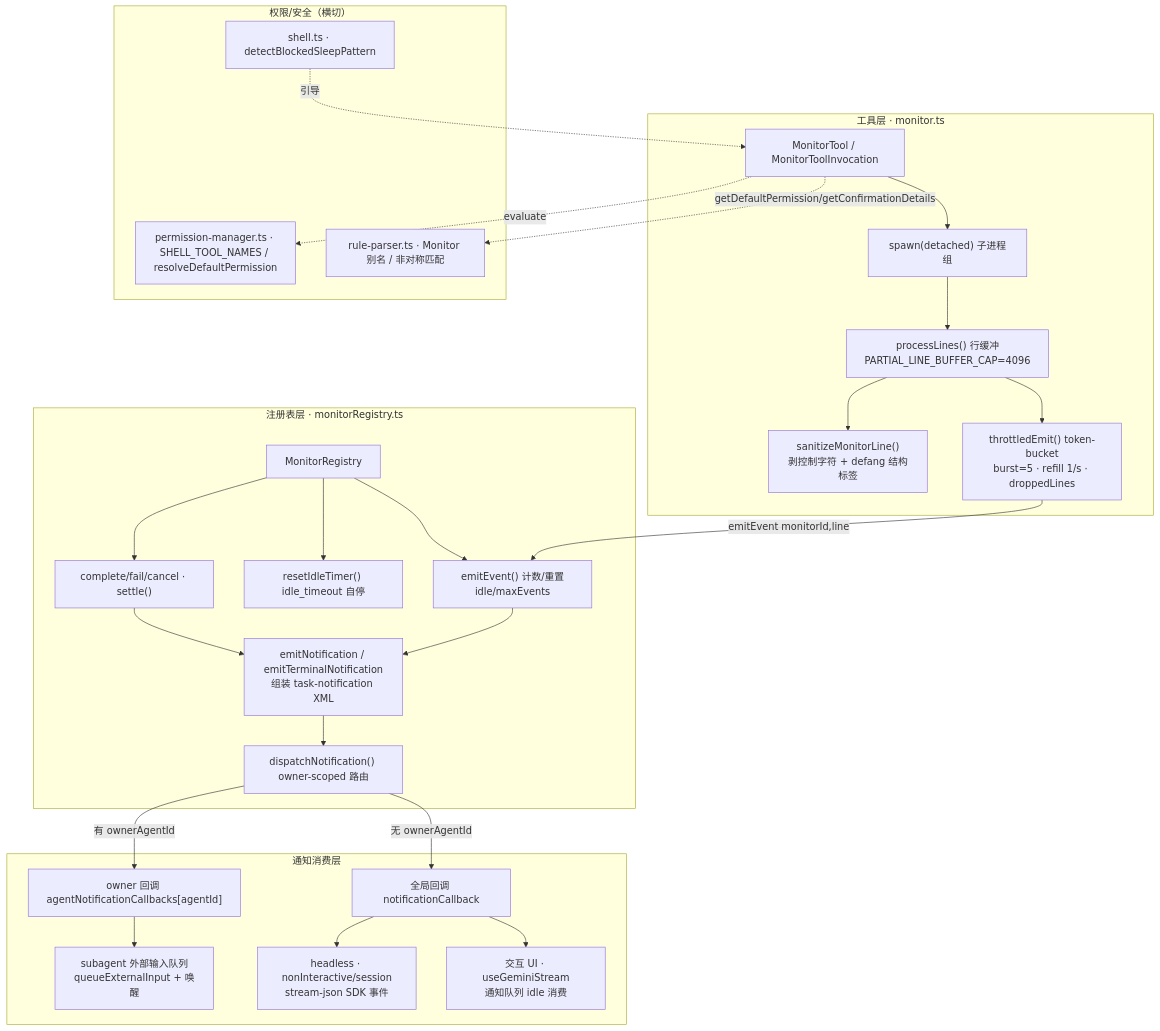
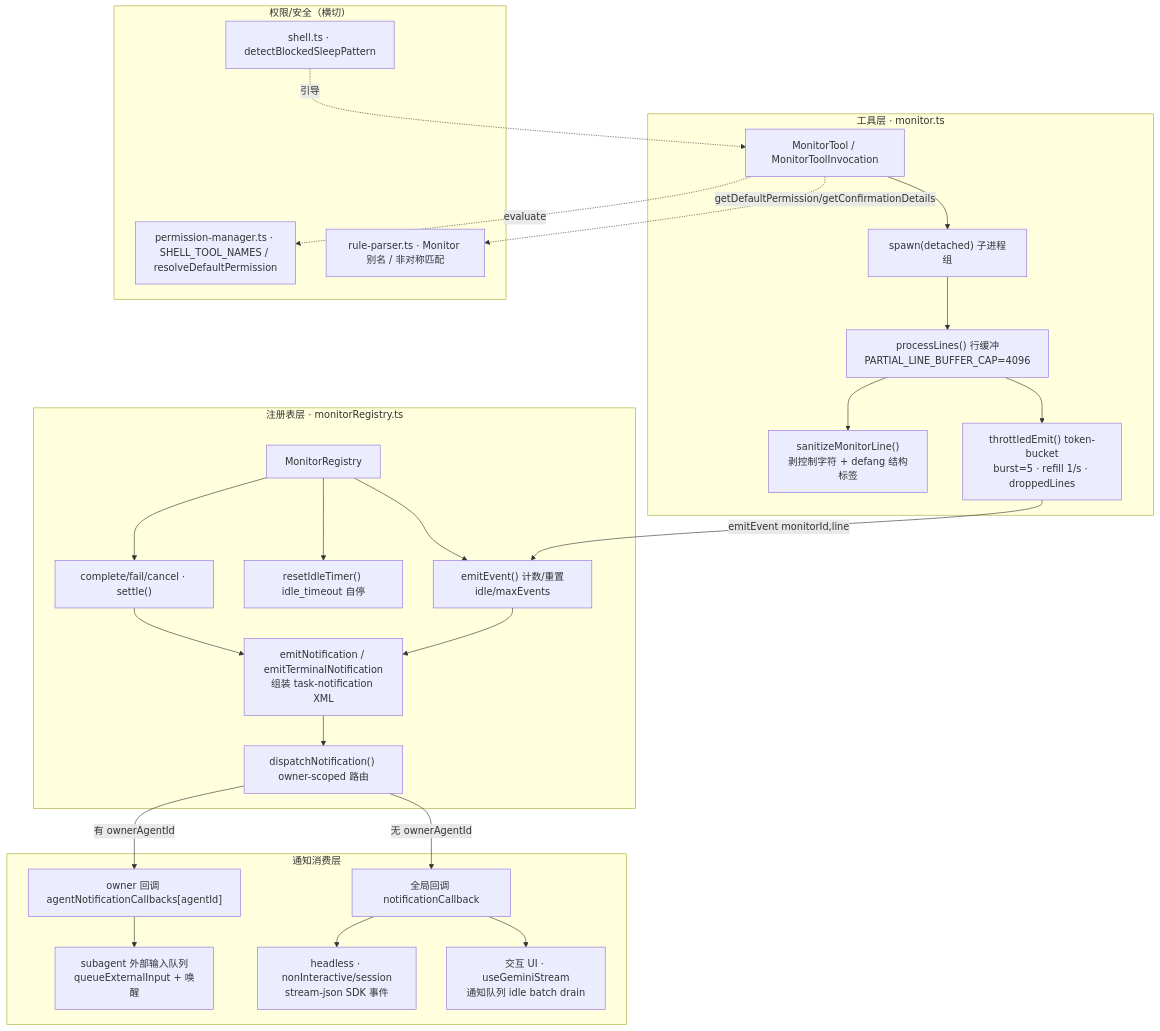
Before and after one commit to doudouOUC/code_agent: the first of 3 diagrams in qwen-code/feature/monitor-tool.md, drawn with Mermaid. The commit also changed other lines of this file and 28 other files, not shown here.

````diff
--- a/qwen-code/feature/monitor-tool.md
+++ b/qwen-code/feature/monitor-tool.md
@@ -47,48 +47,48 @@
 ```mermaid
 flowchart TB
     subgraph Tool["工具层 · monitor.ts"]
         MT["MonitorTool / MonitorToolInvocation"]
         SPAWN["spawn(detached) 子进程组"]
         PROC["processLines() 行缓冲<br/>PARTIAL_LINE_BUFFER_CAP=4096"]
         TB["throttledEmit() token-bucket<br/>burst=5 · refill 1/s · droppedLines"]
         SAN["sanitizeMonitorLine()<br/>剥控制字符 + defang 结构标签"]
         MT --> SPAWN --> PROC --> TB
         PROC --> SAN
     end
 
     subgraph Reg["注册表层 · monitorRegistry.ts"]
         REGI["MonitorRegistry"]
         EMIT["emitEvent() 计数/重置idle/maxEvents"]
         IDLE["resetIdleTimer() idle_timeout 自停"]
         LIFE["complete/fail/cancel · settle()"]
         BUILD["emitNotification / emitTerminalNotification<br/>组装 task-notification XML"]
         DISP["dispatchNotification() owner-scoped 路由"]
         REGI --> EMIT --> BUILD --> DISP
         REGI --> IDLE
         REGI --> LIFE --> BUILD
     end
 
     subgraph Consume["通知消费层"]
         GCB["全局回调 notificationCallback"]
         ACB["owner 回调 agentNotificationCallbacks[agentId]"]
-        UI["交互 UI · useGeminiStream<br/>通知队列 idle 消费"]
+        UI["交互 UI · useGeminiStream<br/>通知队列 idle batch drain"]
         SJ["headless · nonInteractive/session<br/>stream-json SDK 事件"]
         SUB["subagent 外部输入队列<br/>queueExternalInput + 唤醒"]
     end
 
     TB -->|emitEvent monitorId,line| EMIT
     DISP -->|无 ownerAgentId| GCB
     DISP -->|有 ownerAgentId| ACB
     GCB --> UI
     GCB --> SJ
     ACB --> SUB
 
     subgraph Perm["权限/安全（横切）"]
         RP["rule-parser.ts · Monitor 别名 / 非对称匹配"]
         PM["permission-manager.ts · SHELL_TOOL_NAMES / resolveDefaultPermission"]
         SLEEP["shell.ts · detectBlockedSleepPattern"]
     end
     MT -.getDefaultPermission/getConfirmationDetails.-> RP
     MT -.evaluate.-> PM
     SLEEP -.引导.-> MT
 ```
````
